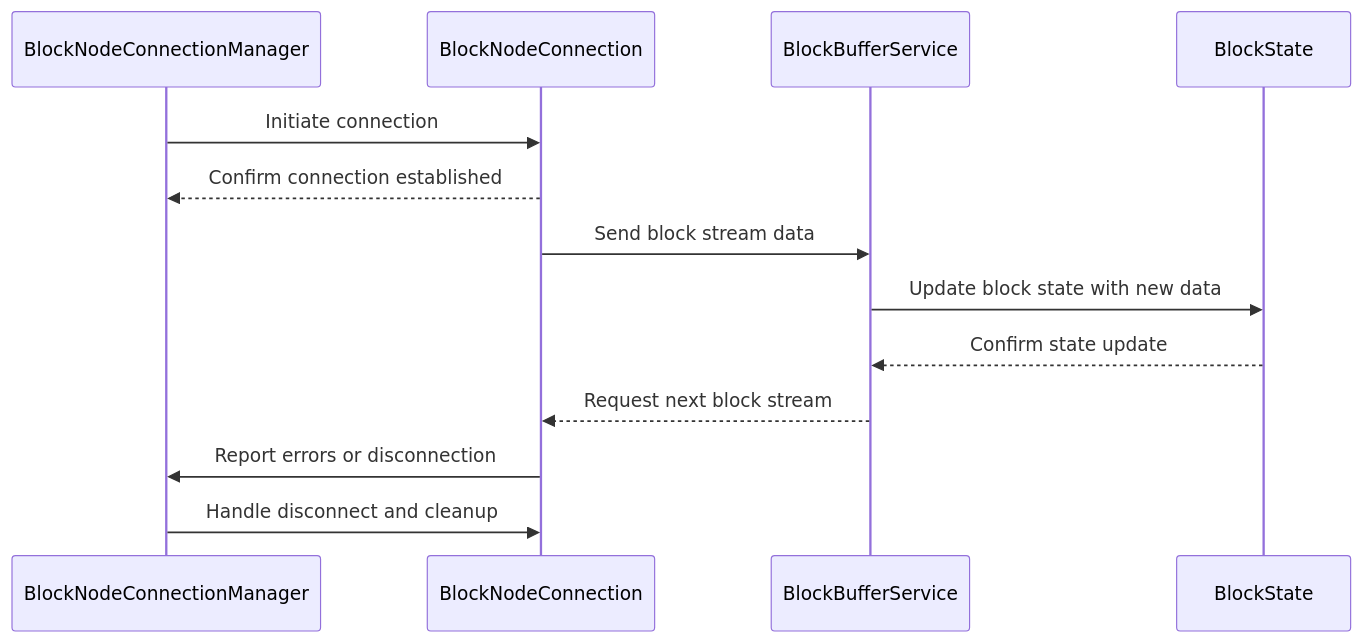
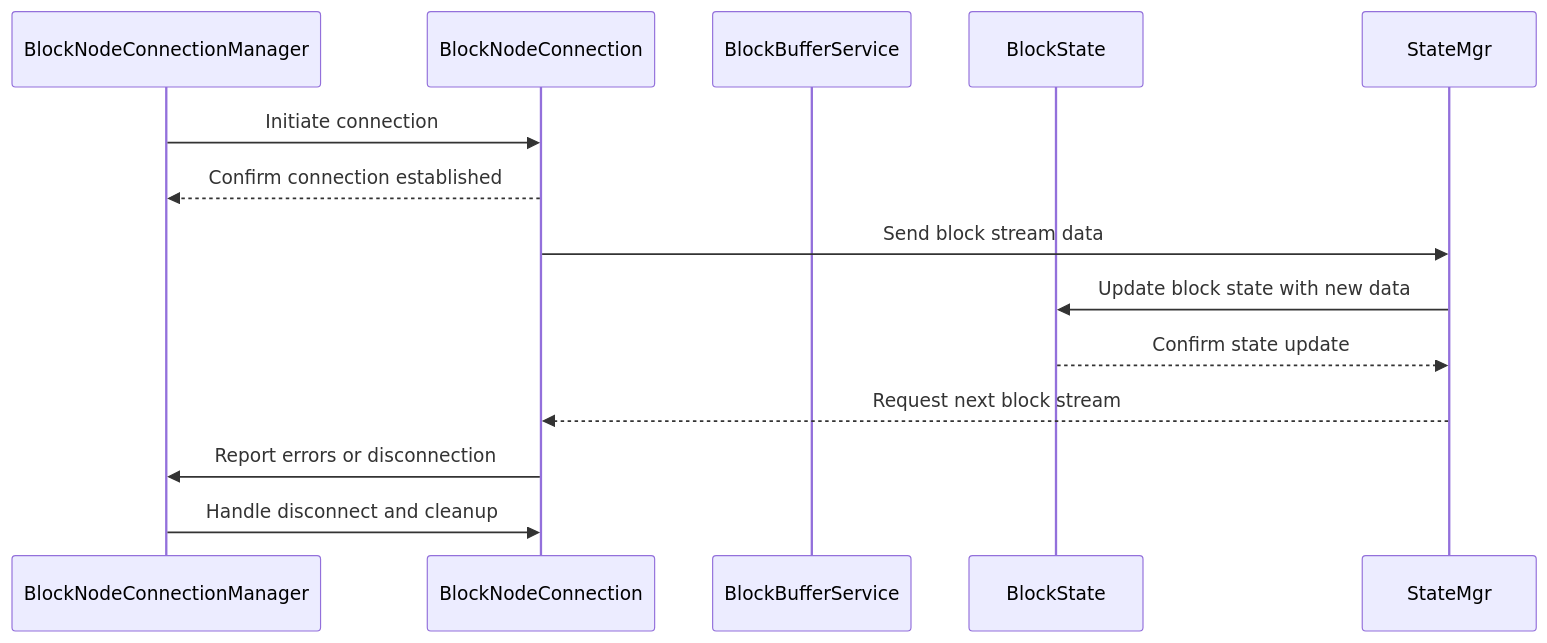
One commit to quiet-node/hiero-consensus-node changed the diagram in hedera-node/docs/design/app/blocks/README.md. Above: the diagram before and after it, drawn with Mermaid. The commit also changed other lines of this file and 8 other files, not shown here.

````diff
--- a/hedera-node/docs/design/app/blocks/README.md
+++ b/hedera-node/docs/design/app/blocks/README.md
@@ -20,16 +20,16 @@
 ```mermaid
 sequenceDiagram
     participant Manager as BlockNodeConnectionManager
     participant Connection as BlockNodeConnection
-    participant StateMgr as BlockBufferService
+    participant Buffer as BlockBufferService
     participant BlockState as BlockState
 
     Manager->>Connection: Initiate connection
     Connection-->>Manager: Confirm connection established
     Connection->>StateMgr: Send block stream data
     StateMgr->>BlockState: Update block state with new data
     BlockState-->>StateMgr: Confirm state update
     StateMgr-->>Connection: Request next block stream
     Connection->>Manager: Report errors or disconnection
     Manager->>Connection: Handle disconnect and cleanup
 ```
````
